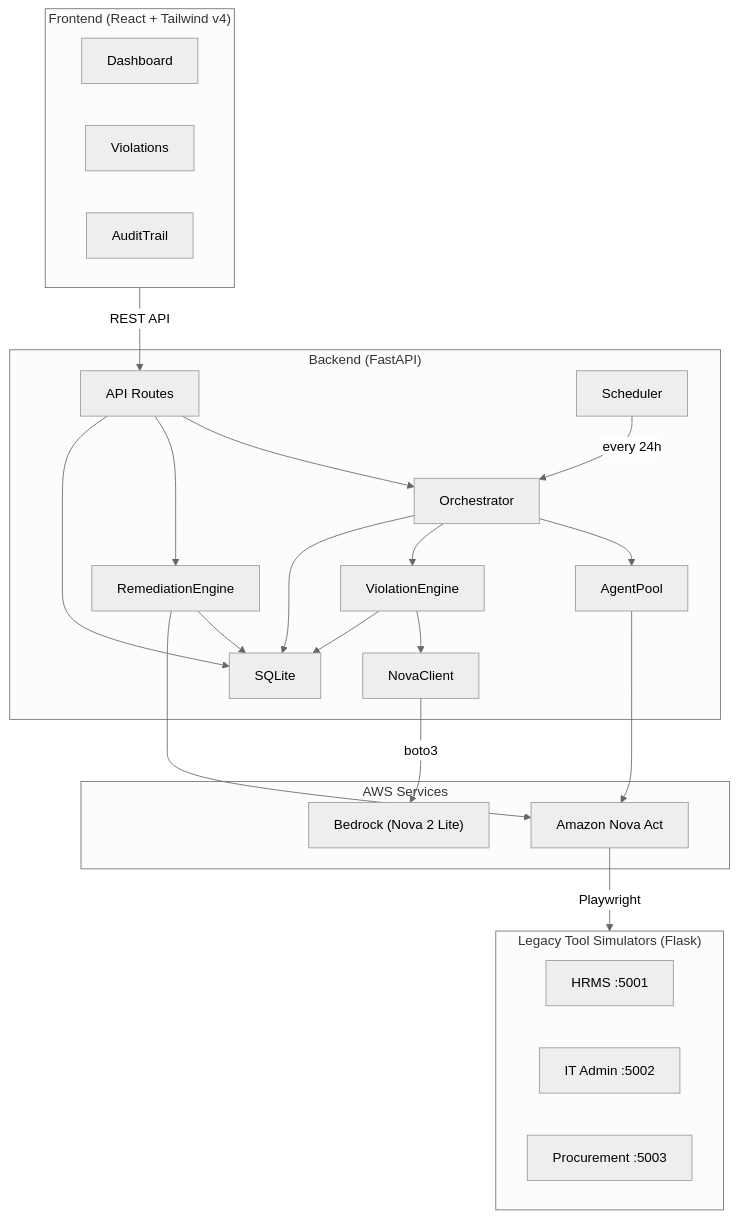
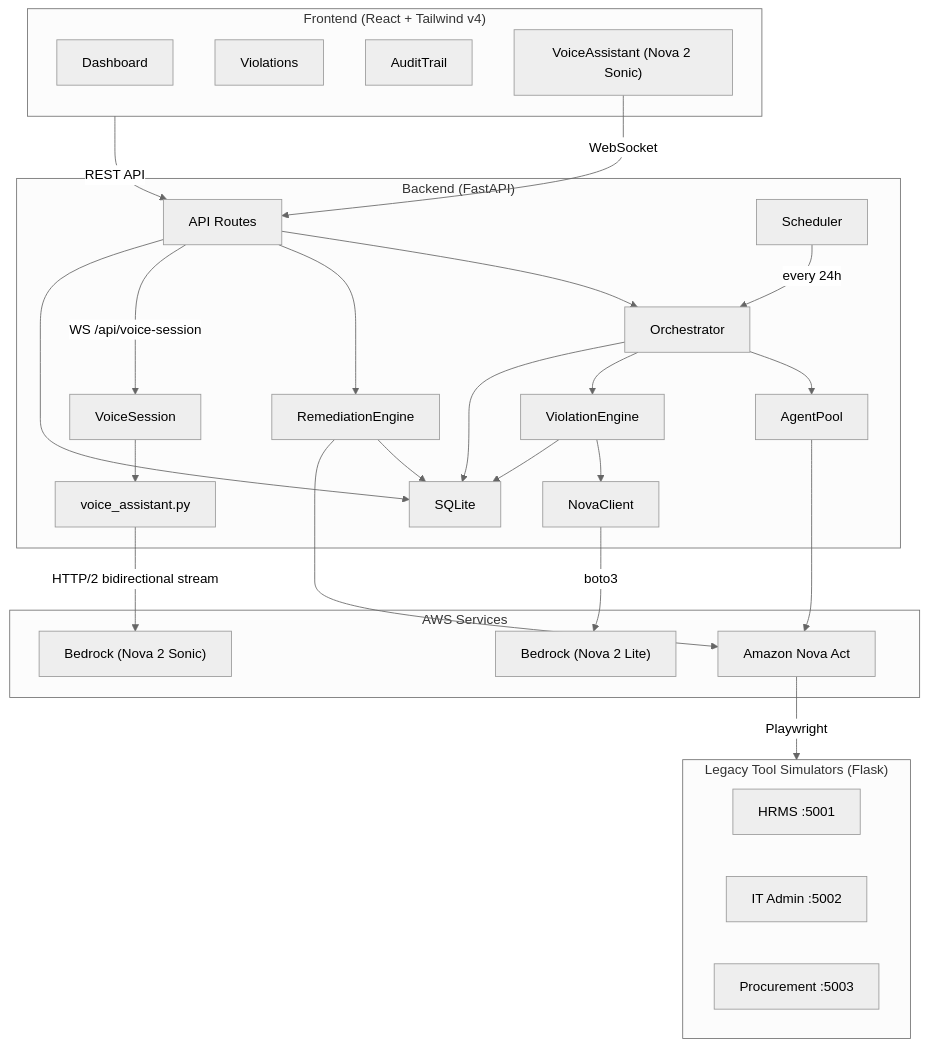
Before and after one commit to ask-anannya/Sentinel: the first of 2 diagrams in README.md, drawn with Mermaid (neutral theme). The commit also changed other lines of this file and 19 other files, not shown here.

````diff
--- a/README.md
+++ b/README.md
@@ -61,30 +69,36 @@
 ```mermaid
 graph TB
     subgraph Frontend["Frontend (React + Tailwind v4)"]
         Dashboard & Violations & AuditTrail
+        VoiceAssistant["VoiceAssistant (Nova 2 Sonic)"]
     end
 
     subgraph Backend["Backend (FastAPI)"]
         API["API Routes"] --> Orchestrator
         API --> RemediationEngine
+        API -->|"WS /api/voice-session"| VoiceSession
         Orchestrator --> AgentPool
         Orchestrator --> ViolationEngine
         ViolationEngine --> NovaClient
+        VoiceSession --> VoiceAssistantPy["voice_assistant.py"]
         Scheduler -->|"every 24h"| Orchestrator
         API & Orchestrator & ViolationEngine & RemediationEngine --> DB["SQLite"]
     end
 
     subgraph Legacy["Legacy Tool Simulators (Flask)"]
         HR["HRMS :5001"] & IT["IT Admin :5002"] & Proc["Procurement :5003"]
     end
 
     subgraph AWS["AWS Services"]
         NovaAct["Amazon Nova Act"]
         Bedrock["Bedrock (Nova 2 Lite)"]
+        NovaSonic["Bedrock (Nova 2 Sonic)"]
     end
 
     Frontend -->|REST API| API
+    VoiceAssistant -->|WebSocket| API
     AgentPool --> NovaAct -->|Playwright| Legacy
     NovaClient -->|boto3| Bedrock
+    VoiceAssistantPy -->|HTTP/2 bidirectional stream| NovaSonic
     RemediationEngine --> NovaAct
 ```
````
